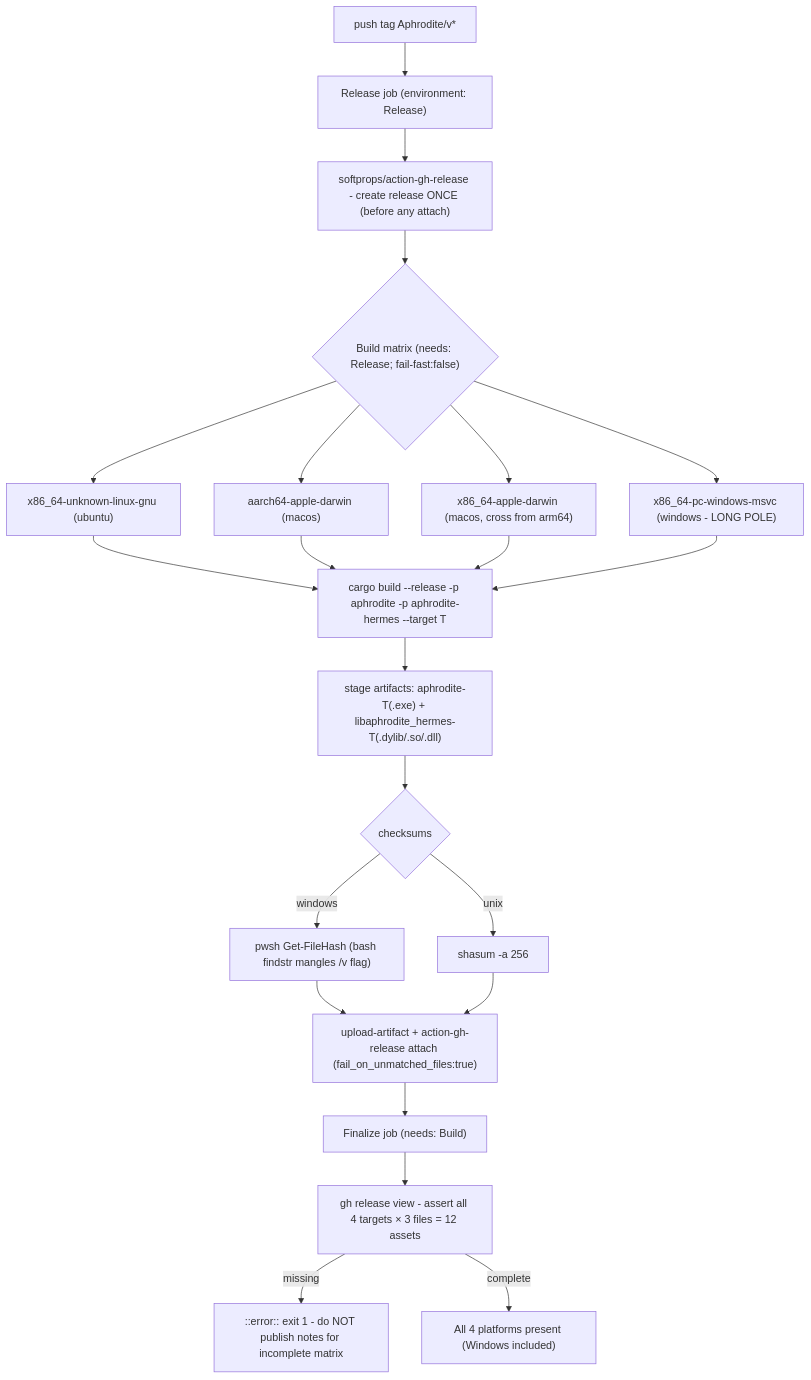
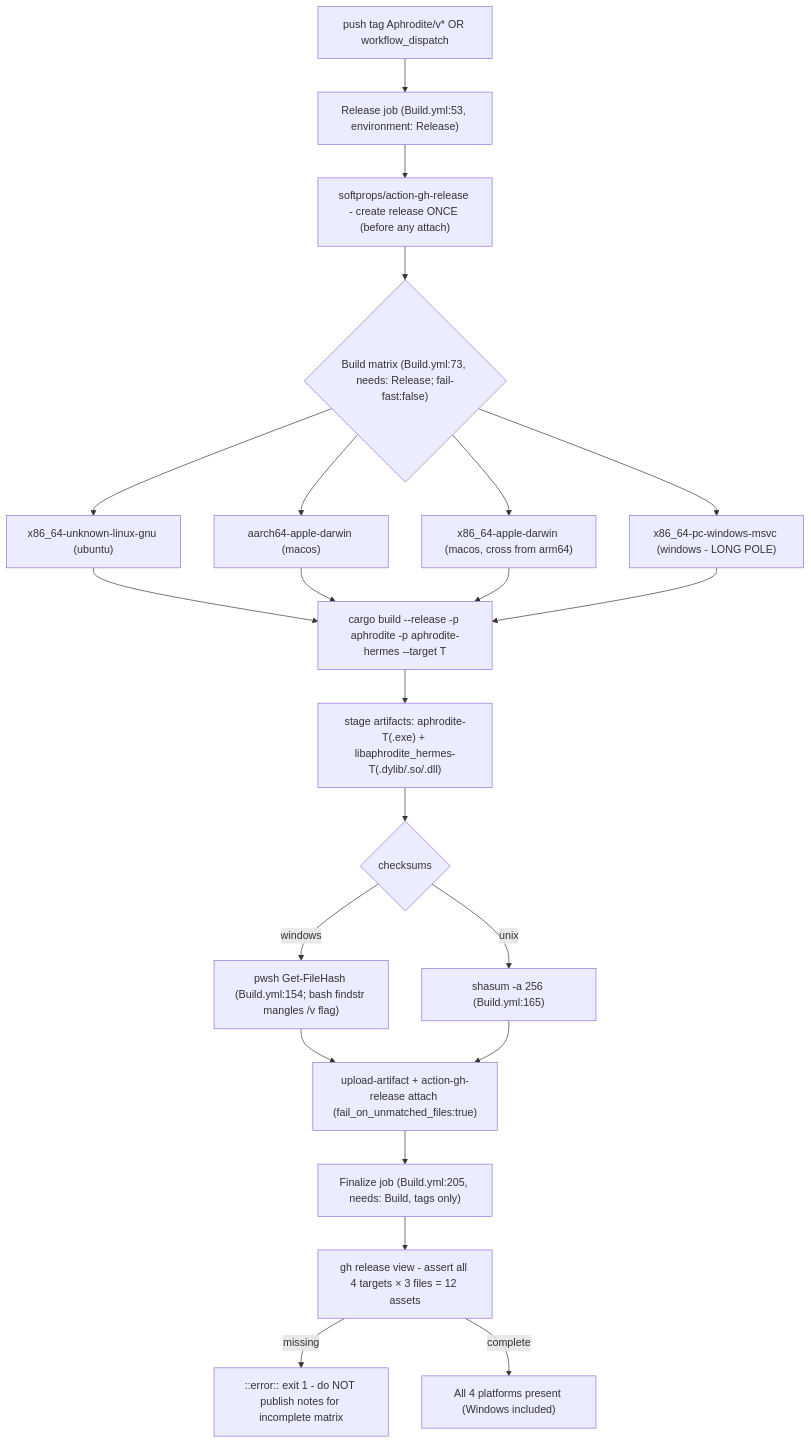
Before and after one commit to PlayForm/Aphrodite: the first of 2 diagrams in .hermes/uml/09-release-ci.md, drawn with Mermaid. The commit also changed other lines of this file and 20 other files, not shown here.

````diff
--- a/.hermes/uml/09-release-ci.md
+++ b/.hermes/uml/09-release-ci.md
@@ -16,26 +23,26 @@
 ```mermaid
 flowchart TD
-    T["push tag Aphrodite/v*"] --> R["Release job (environment: Release)"]
+    T["push tag Aphrodite/v* OR workflow_dispatch"] --> R["Release job (Build.yml:53, environment: Release)"]
     R --> R1["softprops/action-gh-release - create release ONCE (before any attach)"]
-    R1 --> M{"Build matrix (needs: Release; fail-fast:false)"}
+    R1 --> M{"Build matrix (Build.yml:73, needs: Release; fail-fast:false)"}
     M --> B1["x86_64-unknown-linux-gnu (ubuntu)"]
     M --> B2["aarch64-apple-darwin (macos)"]
     M --> B3["x86_64-apple-darwin (macos, cross from arm64)"]
     M --> B4["x86_64-pc-windows-msvc (windows - LONG POLE)"]
 
     B1 --> S["cargo build --release -p aphrodite -p aphrodite-hermes --target T"]
     B2 --> S
     B3 --> S
     B4 --> S
     S --> ST["stage artifacts: aphrodite-T(.exe) + libaphrodite_hermes-T(.dylib/.so/.dll)"]
     ST --> CK{"checksums"}
-    CK -->|windows| CW["pwsh Get-FileHash (bash findstr mangles /v flag)"]
-    CK -->|unix| CU["shasum -a 256"]
+    CK -->|windows| CW["pwsh Get-FileHash (Build.yml:154; bash findstr mangles /v flag)"]
+    CK -->|unix| CU["shasum -a 256 (Build.yml:165)"]
     CW --> UP["upload-artifact + action-gh-release attach (fail_on_unmatched_files:true)"]
     CU --> UP
 
-    UP --> F["Finalize job (needs: Build)"]
+    UP --> F["Finalize job (Build.yml:205, needs: Build, tags only)"]
     F --> FV["gh release view - assert all 4 targets × 3 files = 12 assets"]
     FV -->|missing| FX["::error:: exit 1 - do NOT publish notes for incomplete matrix"]
     FV -->|complete| FOK["All 4 platforms present (Windows included)"]
 ```
````
